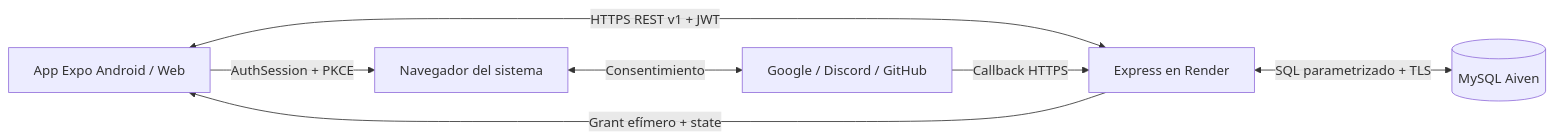
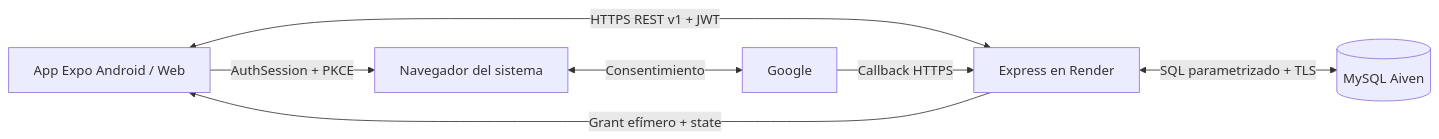
One commit to nehuenparrondo/lavadero-app changed the diagram in docs/architecture.md. Above: the diagram before and after it, drawn with Mermaid. The commit also changed 44 other files, not shown here.

````diff
--- a/docs/architecture.md
+++ b/docs/architecture.md
@@ -30,9 +30,9 @@
 ```mermaid
 flowchart LR
   App[App Expo Android / Web] <-->|HTTPS REST v1 + JWT| API[Express en Render]
   API <-->|SQL parametrizado + TLS| DB[(MySQL Aiven)]
   App -->|AuthSession + PKCE| Browser[Navegador del sistema]
-  Browser <-->|Consentimiento| Providers[Google / Discord / GitHub]
+  Browser <-->|Consentimiento| Providers[Google]
   Providers -->|Callback HTTPS| API
   API -->|Grant efímero + state| App
 ```
````
